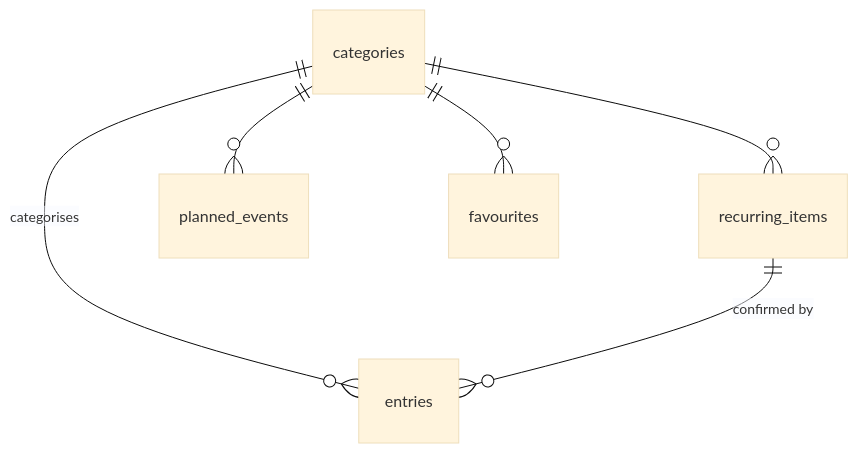
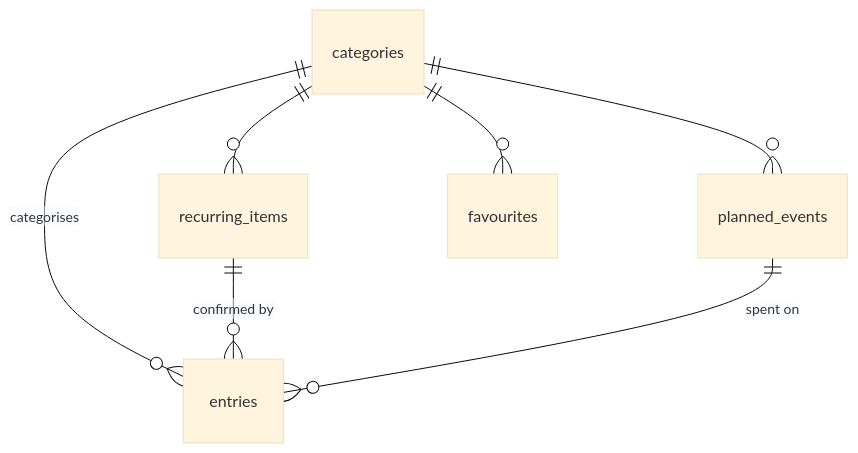
The diagram in docs/data-model.md (MuhaiminRoshaizad/bajet), drawn with Mermaid (base theme) before and after one commit. The commit also changed other lines of this file and 5 other files, not shown here.

First line of the commit message:
feat(database): link entries to the planned event they were spent on

````diff
--- a/docs/data-model.md
+++ b/docs/data-model.md
@@ -7,8 +7,9 @@
 ```mermaid
 erDiagram
   categories ||--o{ entries : "categorises"
   categories ||--o{ recurring_items : ""
   categories ||--o{ planned_events : ""
   categories ||--o{ favourites : ""
   recurring_items ||--o{ entries : "confirmed by"
+  planned_events ||--o{ entries : "spent on"
 ```
````
